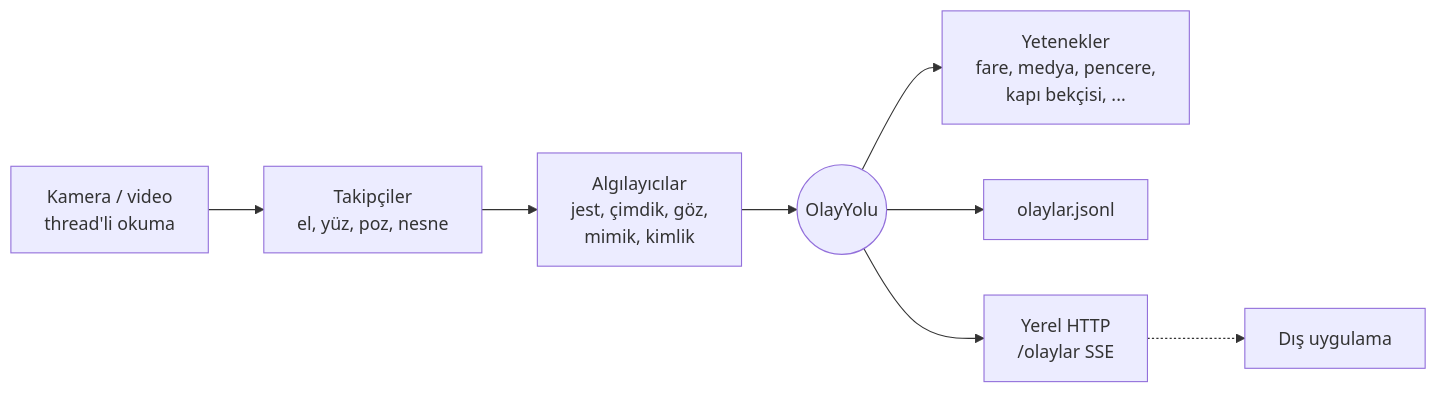
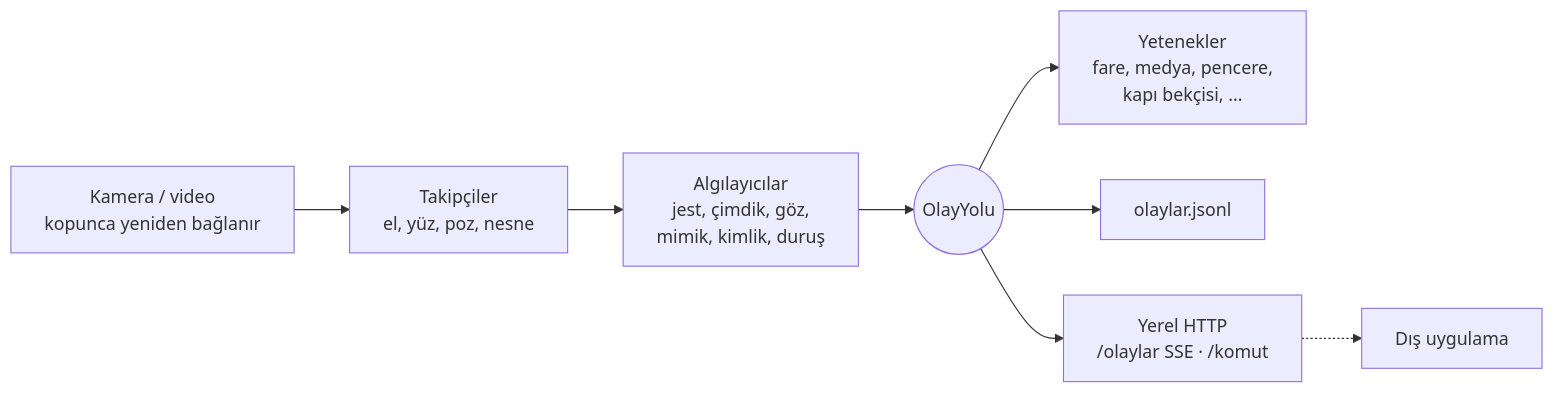
The diagram in README.md (YusufTaha-Kurt/Python_CV), drawn with Mermaid before and after one commit. The commit also changed other lines of this file and 2 other files, not shown here.

````diff
--- a/README.md
+++ b/README.md
@@ -56,10 +60,10 @@
 ```mermaid
 flowchart LR
-    K[Kamera / video<br/>thread'li okuma] --> T[Takipçiler<br/>el, yüz, poz, nesne]
-    T --> J[Algılayıcılar<br/>jest, çimdik, göz,<br/>mimik, kimlik]
+    K[Kamera / video<br/>kopunca yeniden bağlanır] --> T[Takipçiler<br/>el, yüz, poz, nesne]
+    T --> J[Algılayıcılar<br/>jest, çimdik, göz,<br/>mimik, kimlik, duruş]
     J --> O((OlayYolu))
     O --> Y[Yetenekler<br/>fare, medya, pencere,<br/>kapı bekçisi, ...]
     O --> L[olaylar.jsonl]
-    O --> H[Yerel HTTP<br/>/olaylar SSE]
+    O --> H[Yerel HTTP<br/>/olaylar SSE · /komut]
     H -.-> D[Dış uygulama]
 ```
````
